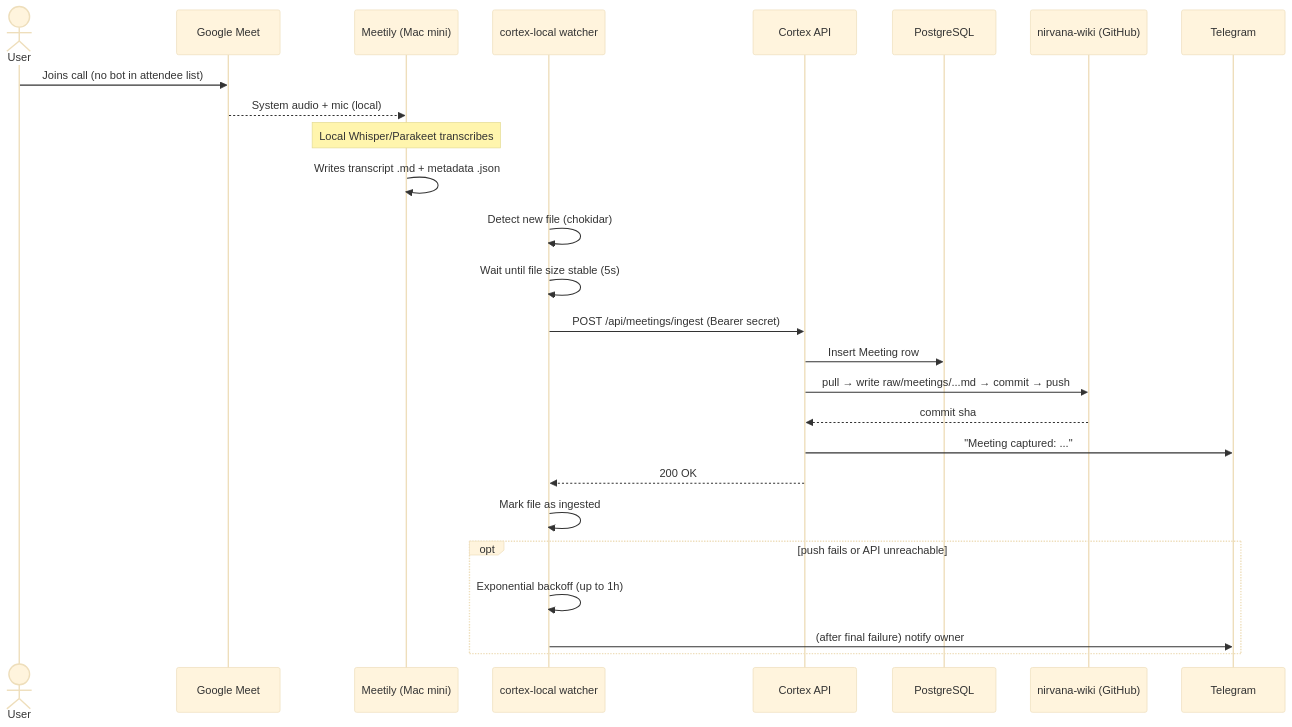
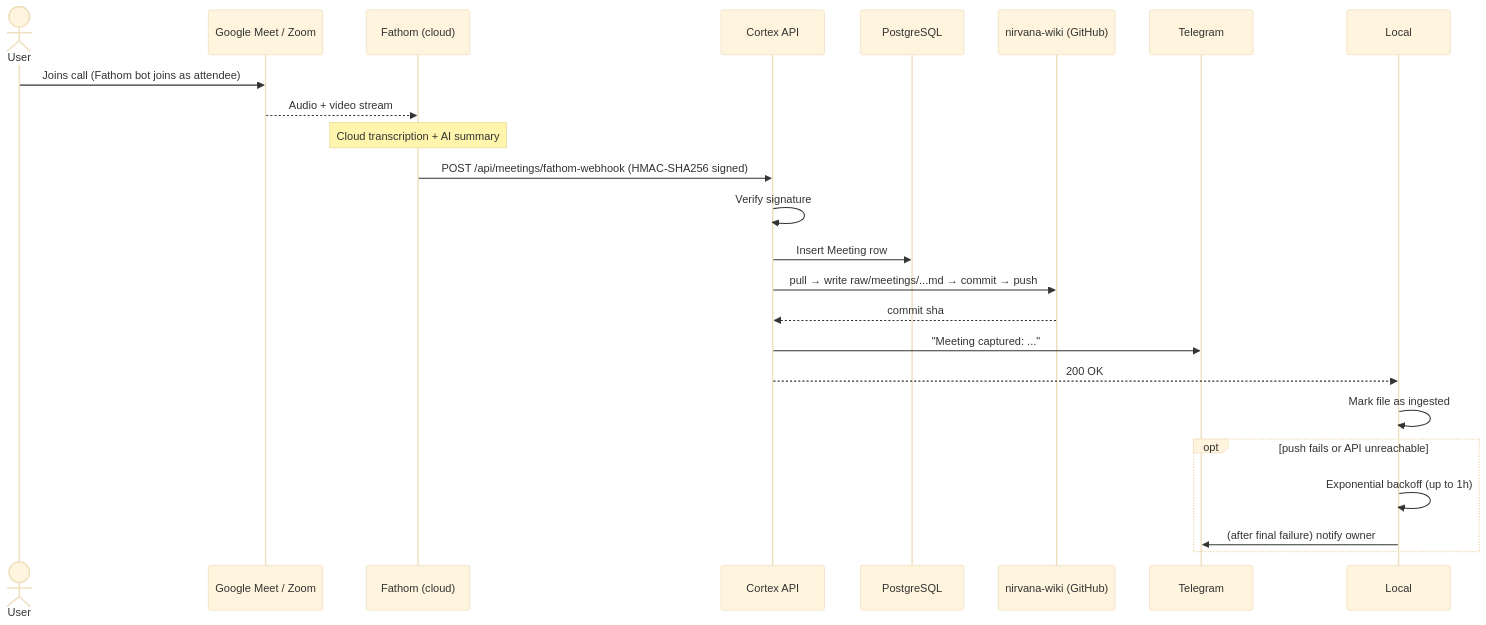
One commit to hindoledutta/cortex changed the sixth of 6 diagrams in docs/hld.md. Above: the diagram before and after it, drawn with Mermaid (base theme). The commit also changed other lines of this file and 50 other files, not shown here.

````diff
--- a/docs/hld.md
+++ b/docs/hld.md
@@ -436,30 +434,27 @@
 ```mermaid
 sequenceDiagram
     actor U as User
-    participant Meet as Google Meet
-    participant Meetily as Meetily (Mac mini)
-    participant Local as cortex-local watcher
+    participant Meet as Google Meet / Zoom
+    participant Fathom as Fathom (cloud)
     participant API as Cortex API
     participant DB as PostgreSQL
     participant Git as nirvana-wiki (GitHub)
     participant T as Telegram
 
-    U->>Meet: Joins call (no bot in attendee list)
-    Meet-->>Meetily: System audio + mic (local)
-    Note over Meetily: Local Whisper/Parakeet transcribes
-    Meetily->>Meetily: Writes transcript .md + metadata .json
-    Local->>Local: Detect new file (chokidar)
-    Local->>Local: Wait until file size stable (5s)
-    Local->>API: POST /api/meetings/ingest (Bearer secret)
+    U->>Meet: Joins call (Fathom bot joins as attendee)
+    Meet-->>Fathom: Audio + video stream
+    Note over Fathom: Cloud transcription + AI summary
+    Fathom->>API: POST /api/meetings/fathom-webhook (HMAC-SHA256 signed)
+    API->>API: Verify signature
     API->>DB: Insert Meeting row
     API->>Git: pull → write raw/meetings/...md → commit → push
     Git-->>API: commit sha
     API->>T: "Meeting captured: ..."
     API-->>Local: 200 OK
     Local->>Local: Mark file as ingested
 
     opt push fails or API unreachable
         Local->>Local: Exponential backoff (up to 1h)
         Local->>T: (after final failure) notify owner
     end
 ```
````
